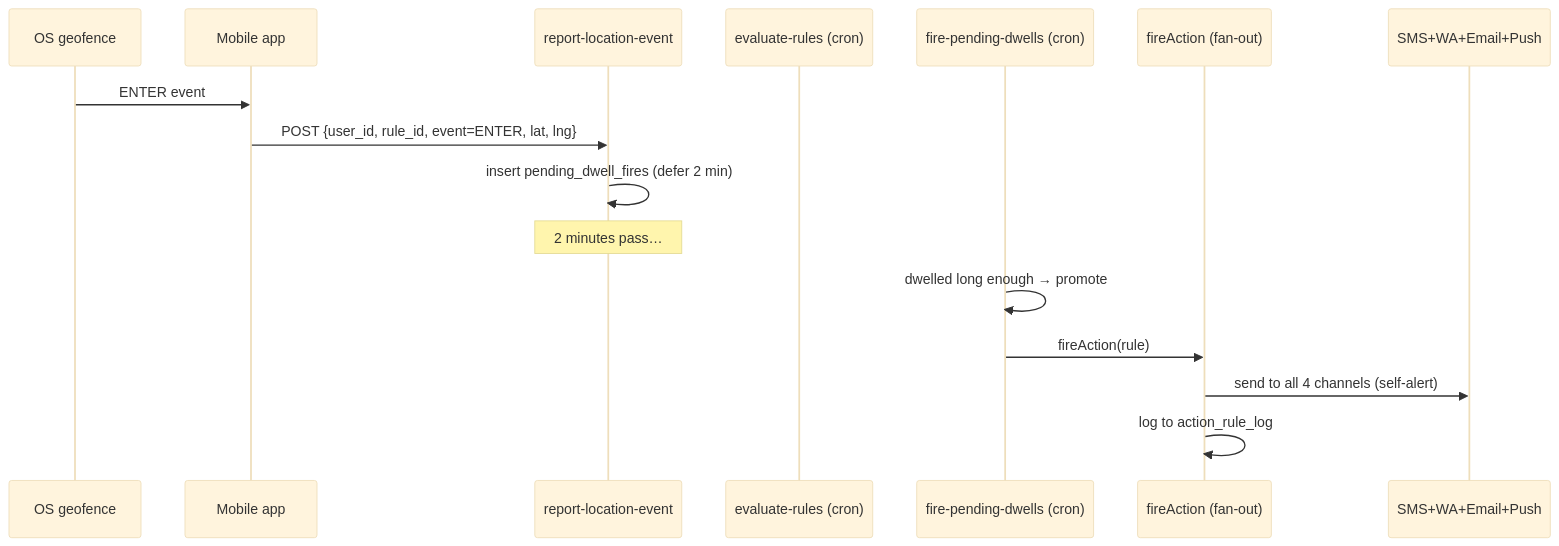
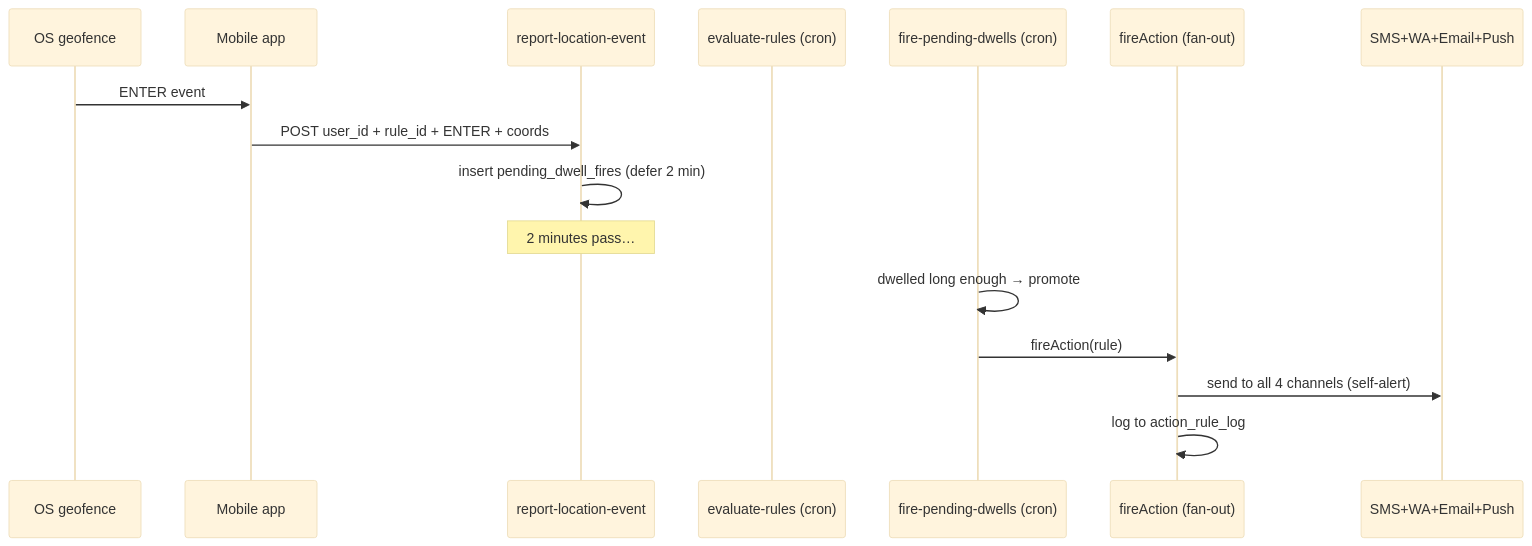
One commit to munk2207/naavi-app changed the sixth of 10 diagrams in docs/ARCHITECTURE_2026-05-13.md. Above: the diagram before and after it, drawn with Mermaid (base theme). The commit also changed other lines of this file and 1 other file, not shown here.

````diff
--- a/docs/ARCHITECTURE_2026-05-13.md
+++ b/docs/ARCHITECTURE_2026-05-13.md
@@ -552,19 +552,19 @@
 ```mermaid
 sequenceDiagram
   participant Geo as OS geofence
   participant App as Mobile app
   participant RL as report-location-event
   participant ER as evaluate-rules (cron)
   participant FP as fire-pending-dwells (cron)
   participant FA as fireAction (fan-out)
   participant Out as SMS+WA+Email+Push
 
   Geo->>App: ENTER event
-  App->>RL: POST {user_id, rule_id, event=ENTER, lat, lng}
+  App->>RL: POST user_id + rule_id + ENTER + coords
   RL->>RL: insert pending_dwell_fires (defer 2 min)
   Note over RL: 2 minutes pass…
   FP->>FP: dwelled long enough → promote
   FP->>FA: fireAction(rule)
   FA->>Out: send to all 4 channels (self-alert)
   FA->>FA: log to action_rule_log
 ```
````
